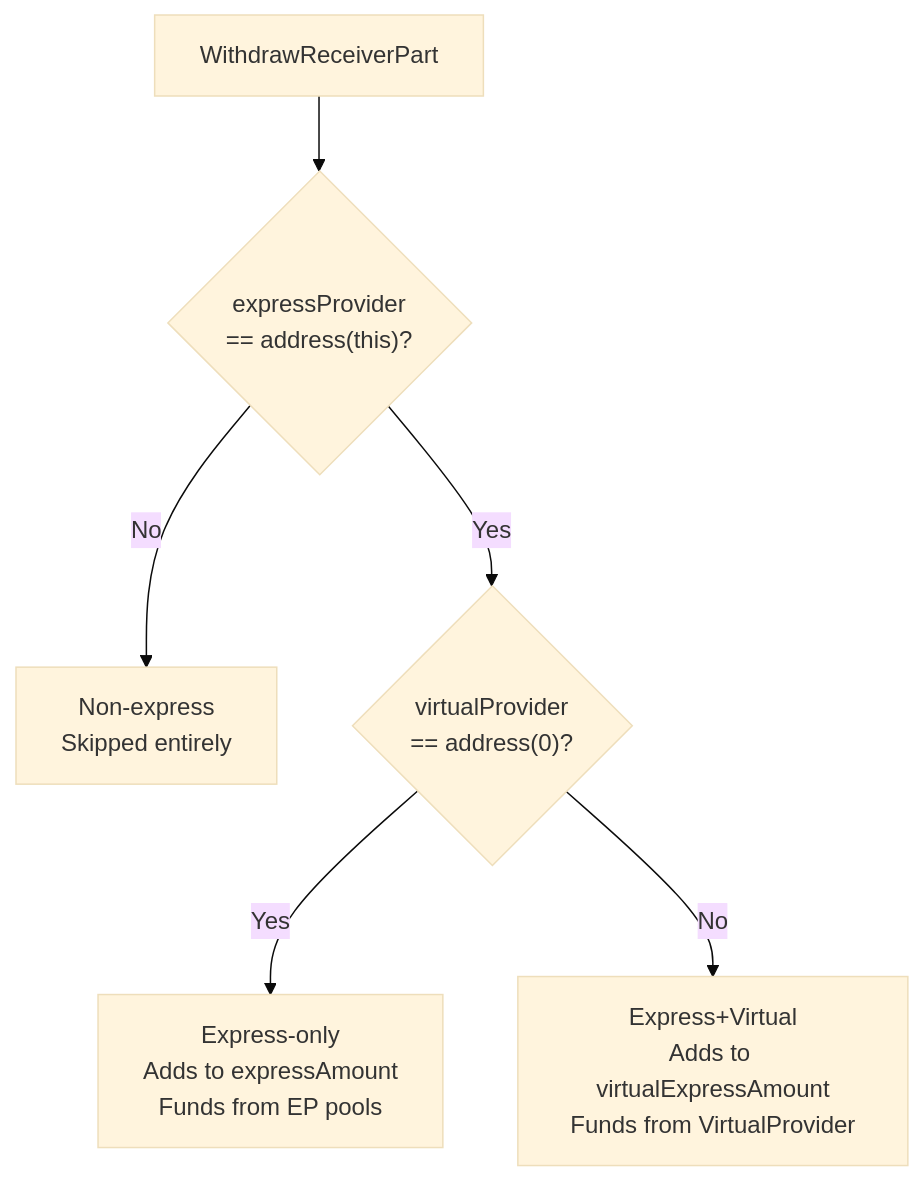
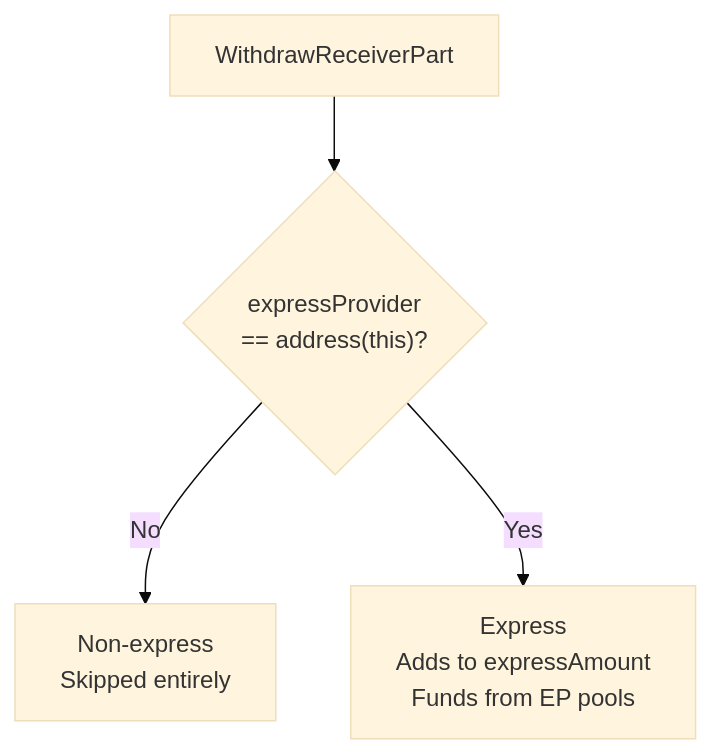
Diagram 19 of 33 in docs/v0.8.6/express-bot-operations-checklist.md (SYMM-IO/perps-core), drawn with Mermaid (base theme) before and after one commit. The commit also changed other lines of this file and 9 other files, not shown here.

Commit message:
docs: replace VirtualProvider with Credit Line system in express provider docs

````diff
--- a/docs/v0.8.6/express-bot-operations-checklist.md
+++ b/docs/v0.8.6/express-bot-operations-checklist.md
@@ -2694,8 +2329,6 @@
 ```mermaid
 flowchart TD
     A[WithdrawReceiverPart] --> B{"expressProvider\n== address(this)?"}
     B -->|No| C[Non-express\nSkipped entirely]
-    B -->|Yes| D{"virtualProvider\n== address(0)?"}
-    D -->|Yes| E["Express-only\nAdds to expressAmount\nFunds from EP pools"]
-    D -->|No| F["Express+Virtual\nAdds to virtualExpressAmount\nFunds from VirtualProvider"]
+    B -->|Yes| D["Express\nAdds to expressAmount\nFunds from EP pools"]
 ```
````
